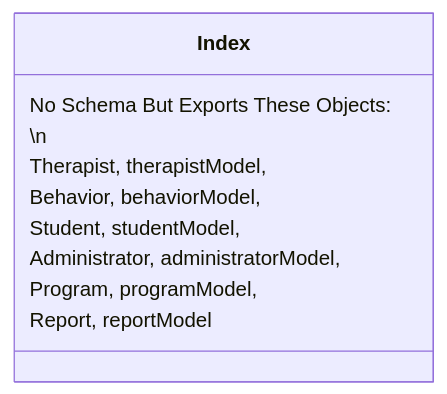
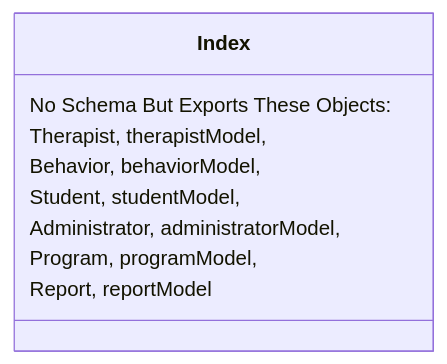
The fifth of 6 diagrams in Documentation/Model Schemas.md (UTDallasEPICS/ATC-Patient-Data), drawn with Mermaid before and after one commit. The commit also changed other lines of this file, not shown here.

First line of the commit message:
Update Model Schemas.md

````diff
--- a/Documentation/Model Schemas.md
+++ b/Documentation/Model Schemas.md
@@ -81,13 +81,12 @@
 ```mermaid
 classDiagram
     class Index {
         No Schema But Exports These Objects:
-        \n
         Therapist, therapistModel,
         Behavior, behaviorModel,
         Student, studentModel,
         Administrator, administratorModel,
         Program, programModel,
         Report, reportModel
     }
 ```
````
